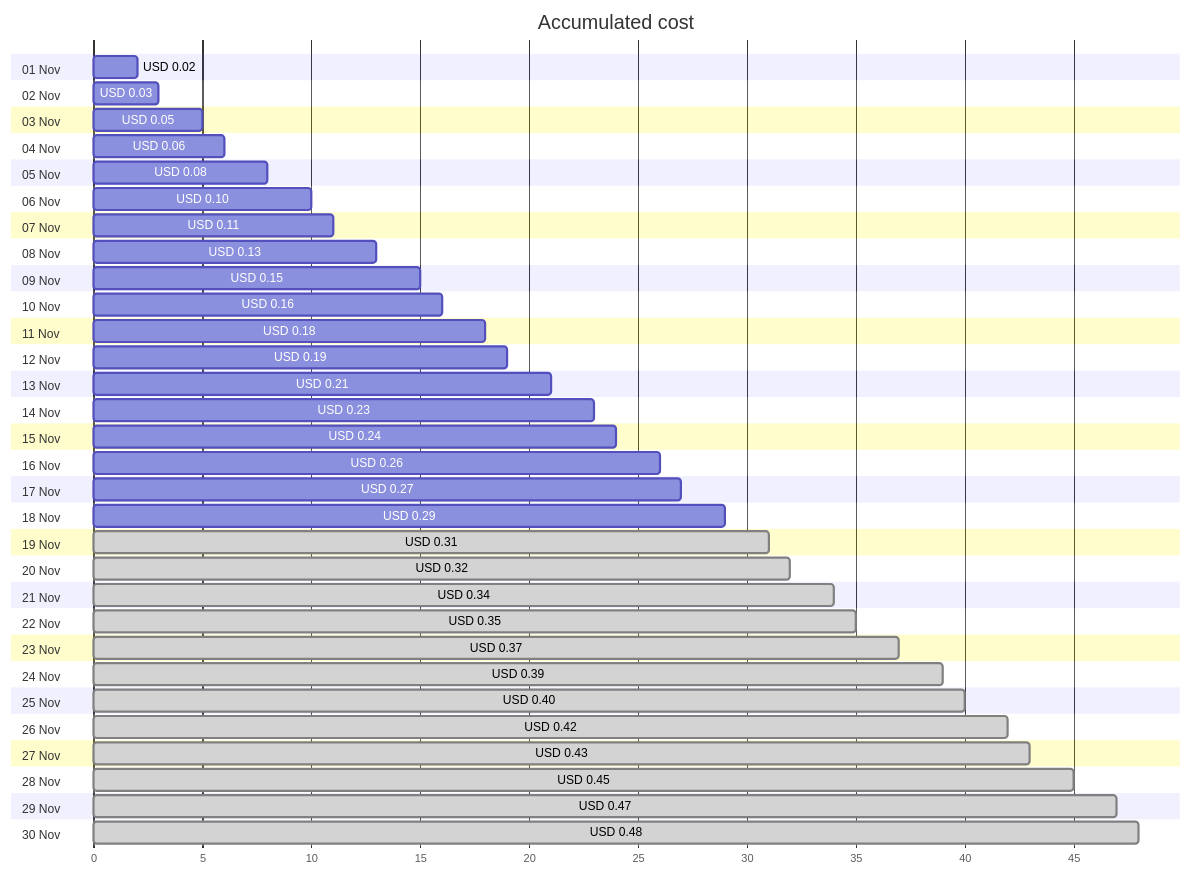
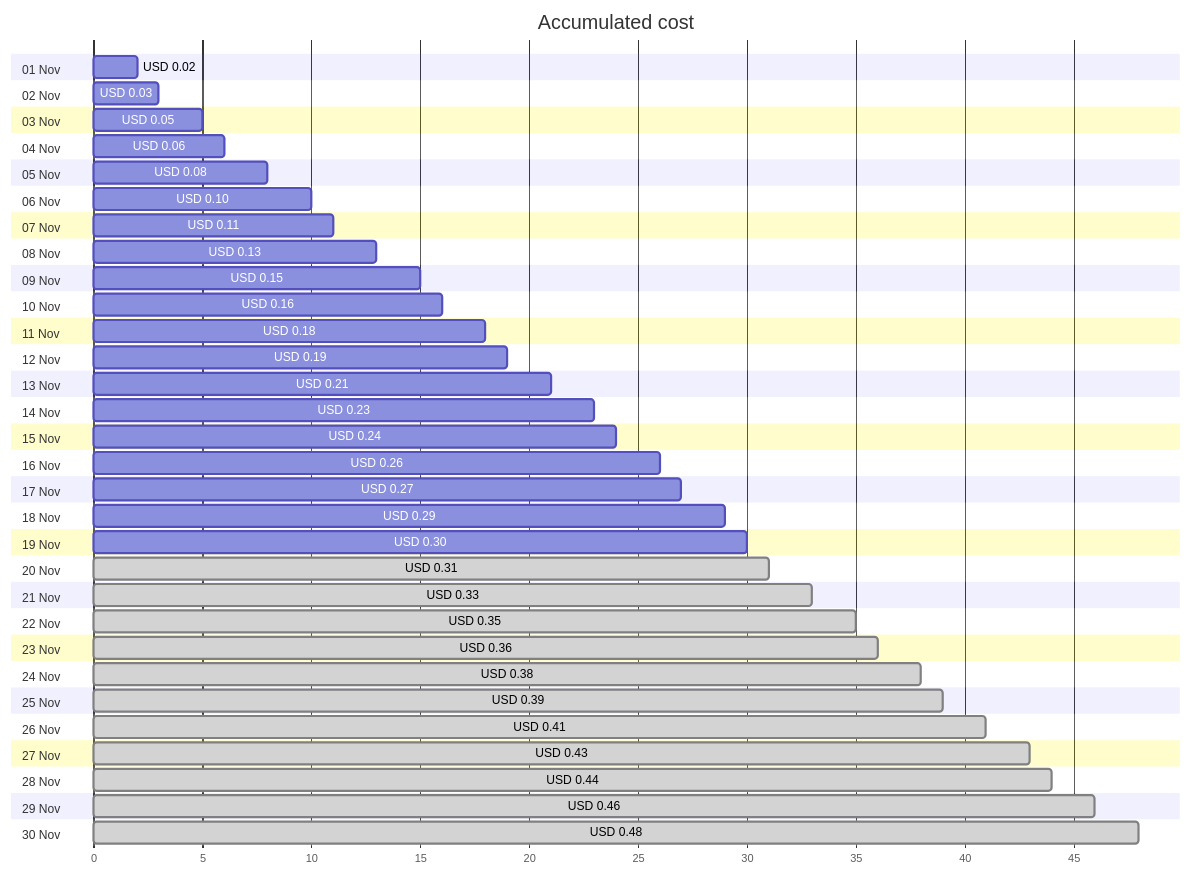
One commit to jpfulton/azure-personal-reports changed the first of 4 diagrams in cost-reports/personal-network/private.jpatrickfulton.com.md. Above: the diagram before and after it, drawn with Mermaid. The commit also changed other lines of this file and 8 other files, not shown here.

````diff
--- a/cost-reports/personal-network/private.jpatrickfulton.com.md
+++ b/cost-reports/personal-network/private.jpatrickfulton.com.md
@@ -20,66 +20,66 @@
 ```mermaid
 gantt
    title Accumulated cost
    dateFormat  X
    axisFormat %s
    section 01 Nov
    USD 0.02 :0, 2
    section 02 Nov
    USD 0.03 :0, 3
    section 03 Nov
    USD 0.05 :0, 5
    section 04 Nov
    USD 0.06 :0, 6
    section 05 Nov
    USD 0.08 :0, 8
    section 06 Nov
    USD 0.10 :0, 10
    section 07 Nov
    USD 0.11 :0, 11
    section 08 Nov
    USD 0.13 :0, 13
    section 09 Nov
    USD 0.15 :0, 15
    section 10 Nov
    USD 0.16 :0, 16
    section 11 Nov
    USD 0.18 :0, 18
    section 12 Nov
    USD 0.19 :0, 19
    section 13 Nov
    USD 0.21 :0, 21
    section 14 Nov
    USD 0.23 :0, 23
    section 15 Nov
    USD 0.24 :0, 24
    section 16 Nov
    USD 0.26 :0, 26
    section 17 Nov
    USD 0.27 :0, 27
    section 18 Nov
    USD 0.29 :0, 29
    section 19 Nov
+   USD 0.30 :0, 30
+   section 20 Nov
    USD 0.31 : done, 0, 31
-   section 20 Nov
-   USD 0.32 : done, 0, 32
    section 21 Nov
-   USD 0.34 : done, 0, 34
+   USD 0.33 : done, 0, 33
    section 22 Nov
    USD 0.35 : done, 0, 35
    section 23 Nov
-   USD 0.37 : done, 0, 37
+   USD 0.36 : done, 0, 36
    section 24 Nov
+   USD 0.38 : done, 0, 38
+   section 25 Nov
    USD 0.39 : done, 0, 39
-   section 25 Nov
-   USD 0.40 : done, 0, 40
    section 26 Nov
-   USD 0.42 : done, 0, 42
+   USD 0.41 : done, 0, 41
    section 27 Nov
    USD 0.43 : done, 0, 43
    section 28 Nov
-   USD 0.45 : done, 0, 45
+   USD 0.44 : done, 0, 44
    section 29 Nov
-   USD 0.47 : done, 0, 47
+   USD 0.46 : done, 0, 46
    section 30 Nov
    USD 0.48 : done, 0, 48
 ```
````
